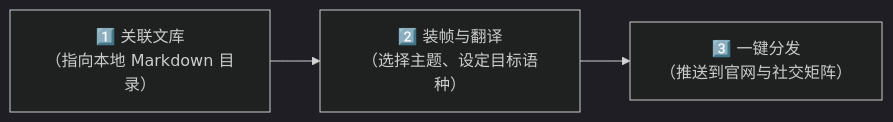
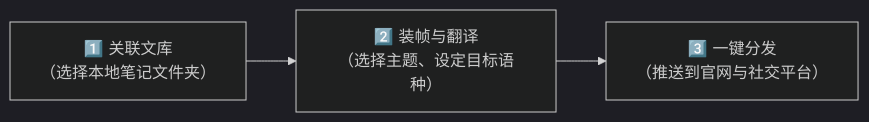
Before and after one commit to Illacme/illacme-plenipes: the diagram in README.zh-CN.md, drawn with Mermaid (dark theme). The commit also changed other lines of this file and 2 other files, not shown here.

````diff
--- a/README.zh-CN.md
+++ b/README.zh-CN.md
@@ -164,5 +161,5 @@
 ```mermaid
 graph LR
-    A["1️⃣ 关联文库<br/>（指向本地 Markdown 目录）"] --> B["2️⃣ 装帧与翻译<br/>（选择主题、设定目标语种）"]
-    B --> C["3️⃣ 一键分发<br/>（推送到官网与社交矩阵）"]
+    A["1️⃣ 关联文库<br/>（选择本地笔记文件夹）"] --> B["2️⃣ 装帧与翻译<br/>（选择主题、设定目标语种）"]
+    B --> C["3️⃣ 一键分发<br/>（推送到官网与社交平台）"]
 ```
````
